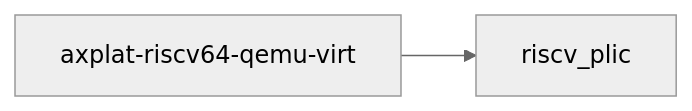
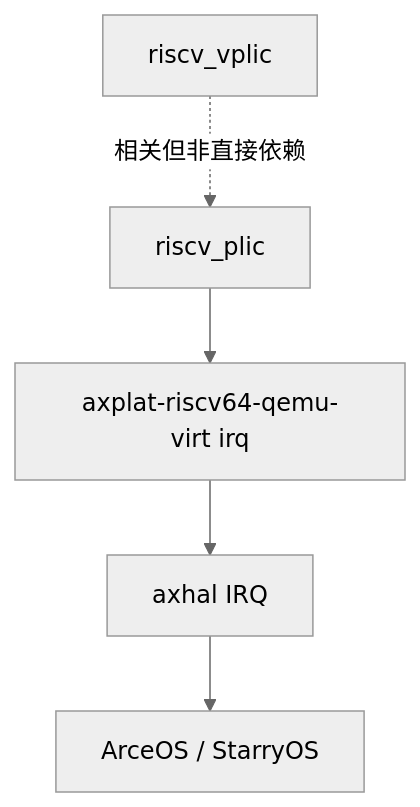
Before and after one commit to rcore-os/tgoskits: the diagram in docs/crates/riscv_plic.md, drawn with Mermaid (neutral theme). The commit also changed other lines of this file and 6 other files, not shown here.

````diff
--- a/docs/crates/riscv_plic.md
+++ b/docs/crates/riscv_plic.md
@@ -32,5 +175,7 @@
 ```mermaid
-graph LR
-    current["riscv_plic"]
-    axplat_riscv64_qemu_virt["axplat-riscv64-qemu-virt"] --> current
+graph TD
+    A[riscv_plic] --> B[axplat-riscv64-qemu-virt irq]
+    B --> C[axhal IRQ]
+    C --> D[ArceOS / StarryOS]
+    E[riscv_vplic] -.相关但非直接依赖.-> A
 ```
````
